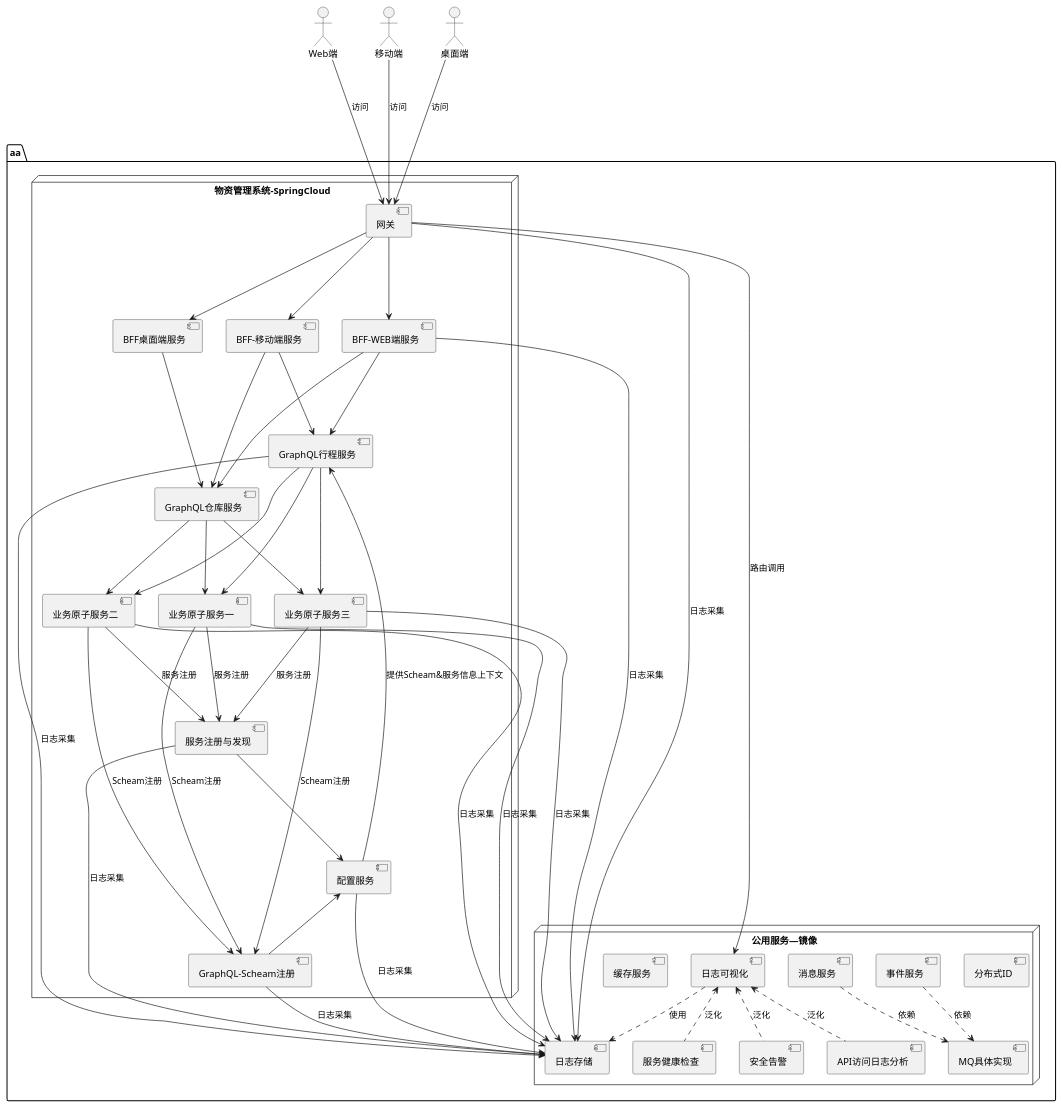
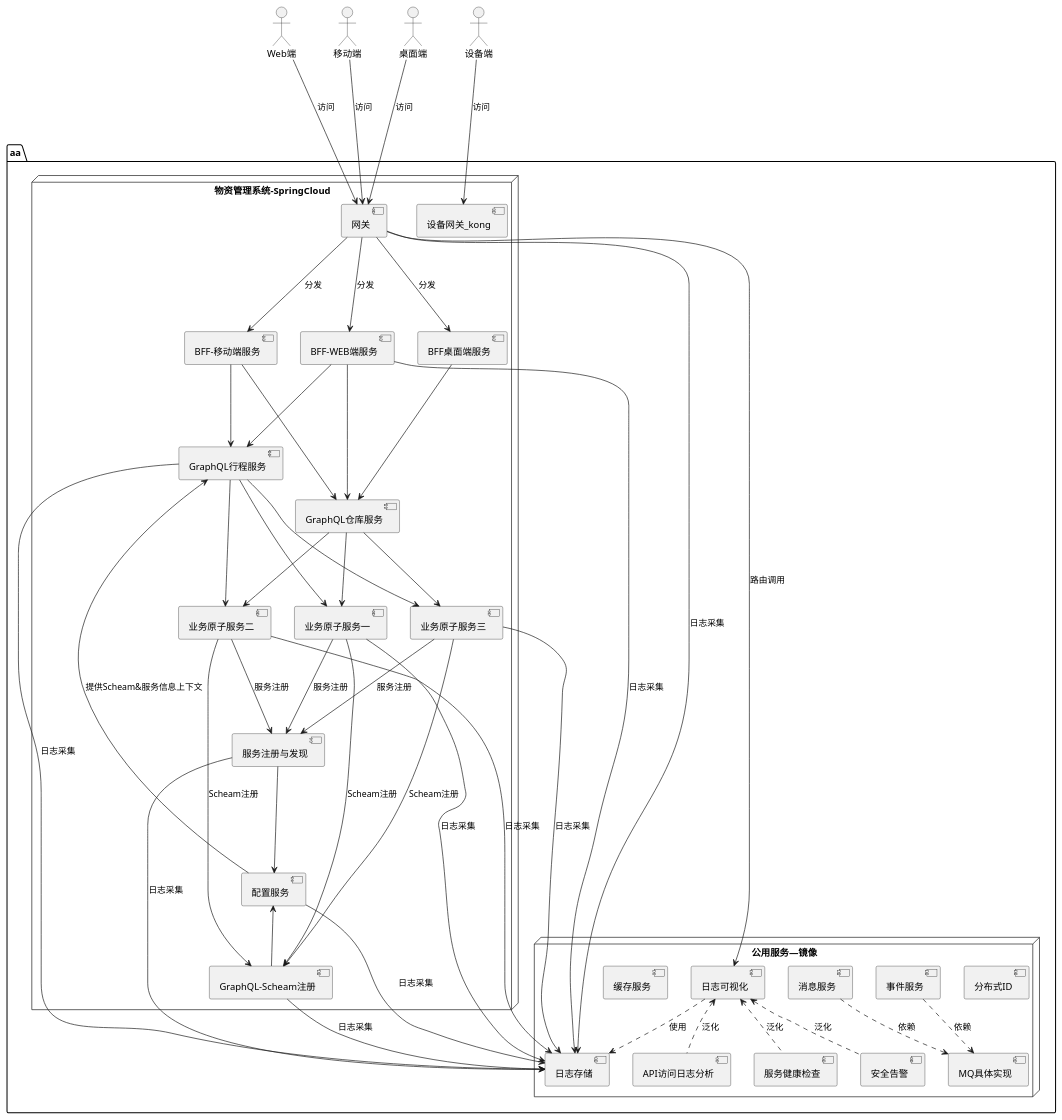
Before and after one commit to diaonannan1234/cloundNetiveDesing: the diagram in 单应用设计/SpringCloud部署场景.md, drawn with PlantUML. The commit also changed 25 other files, not shown here.

```diff
--- a/单应用设计/SpringCloud部署场景.md
+++ b/单应用设计/SpringCloud部署场景.md
@@ -20,6 +20,7 @@
    actor "Web端" as a1
    actor "移动端" as a2
    actor "桌面端" as a3
+   actor "设备端" as a4
 package aa {
     node "公用服务—镜像" as n1 {
        [分布式ID] as p0
@@ -46,6 +47,7 @@
     
    node "物资管理系统-SpringCloud" as n0 {
         [网关] as s1
+        [设备网关_kong] as s11
         [配置服务] as s2
         [服务注册与发现] as s3
        [GraphQL-Scheam注册] as s4
@@ -68,8 +70,9 @@
 a1 ---> s1 : 访问
 a2 ---> s1 : 访问
 a3 ---> s1 : 访问
+a4 ---> s11 : 访问
 
-s1 ---> s8
+
 
 s8 ---> s9
 
@@ -89,9 +92,9 @@
 s6 ---> s3 : 服务注册
 s7 ---> s3 : 服务注册 
 
-s1 ---> s81 
-s1 ---> s82
-
+s1 ---> s81 : 分发
+s1 ---> s82 : 分发
+s1 ---> s8 : 分发
 s91 --> s5
 s91 --> s6
 s91 --> s7
```
